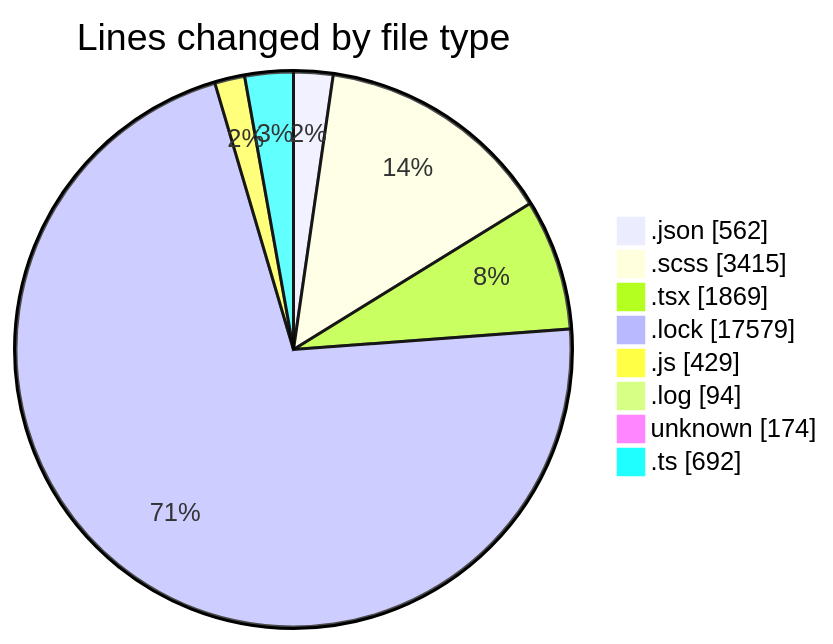
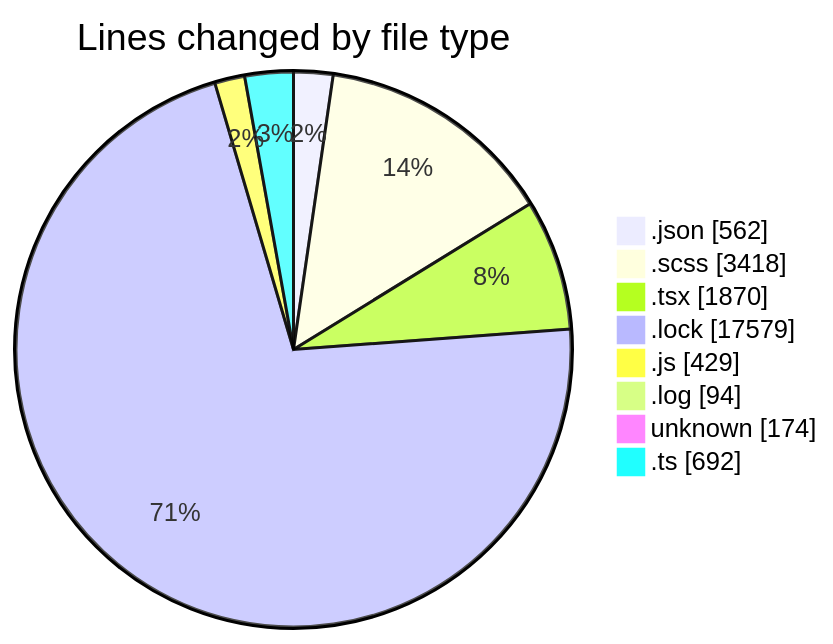
The first of 2 diagrams in 2026-08-11/cda/README.md (momahboobian/code-tracking), drawn with Mermaid before and after one commit. The commit also changed other lines of this file and 1 other file, not shown here.

````diff
--- a/2026-08-11/cda/README.md
+++ b/2026-08-11/cda/README.md
@@ -59,12 +59,12 @@
 ```mermaid
 pie showData
 title Lines changed by file type
 ".json" : 562
-".scss" : 3415
-".tsx" : 1869
+".scss" : 3418
+".tsx" : 1870
 ".lock" : 17579
 ".js" : 429
 ".log" : 94
 "unknown" : 174
 ".ts" : 692
 ```
````
